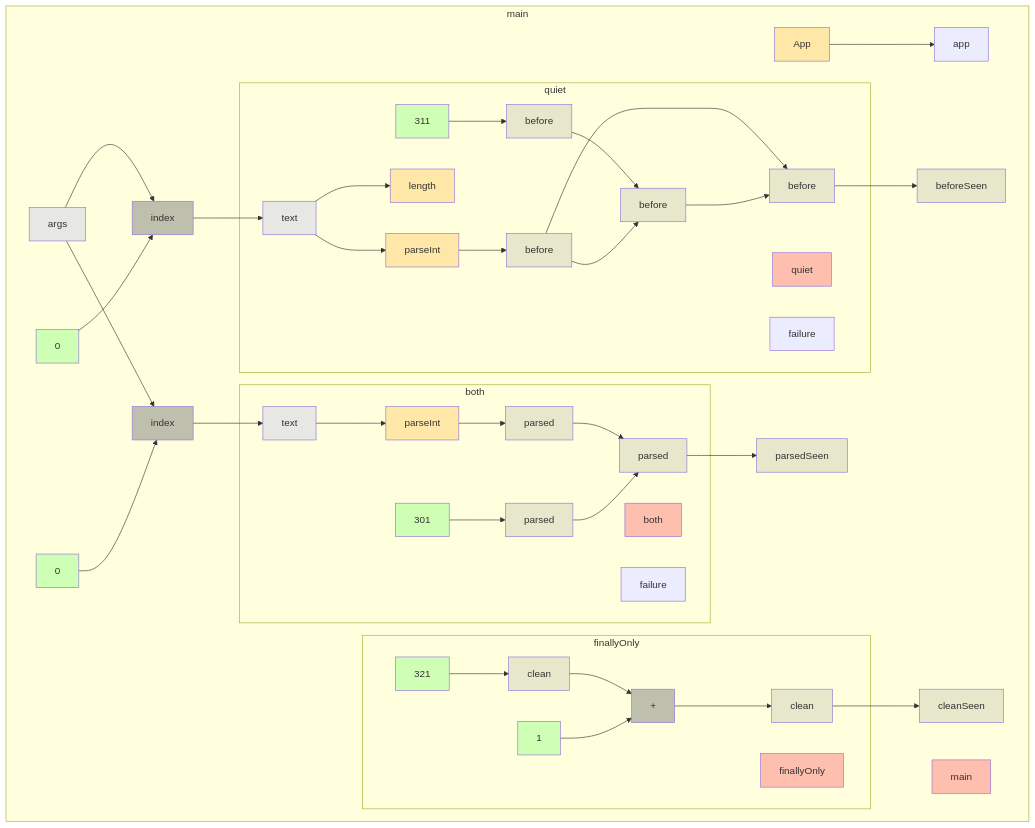
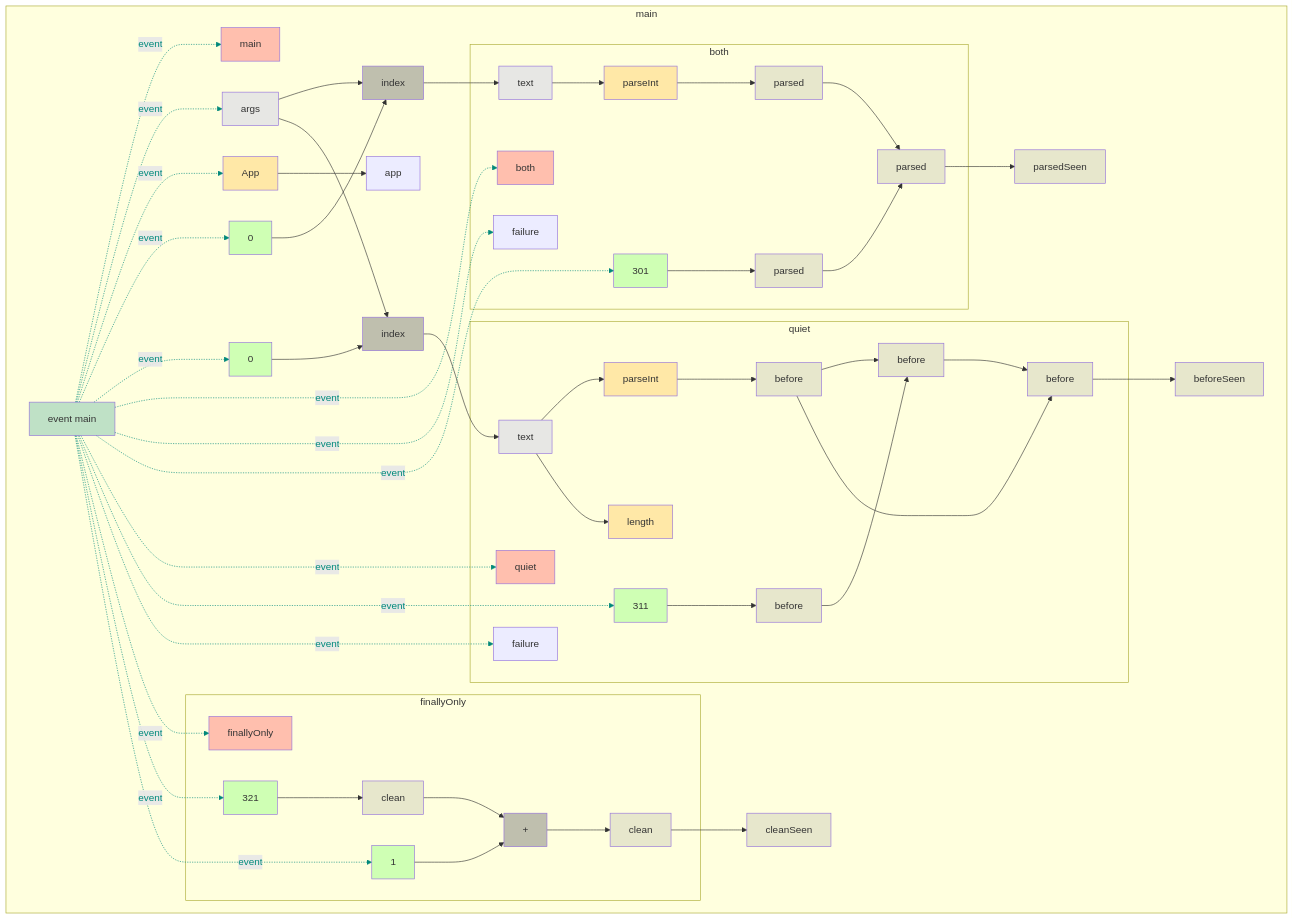
The diagram in app/src/test/resources/fieldTry/snapshot.md (gstiebler/codeflow), drawn with Mermaid before and after one commit. The commit also changed 77 other files, not shown here.

````diff
--- a/app/src/test/resources/fieldTry/snapshot.md
+++ b/app/src/test/resources/fieldTry/snapshot.md
@@ -1,75 +1,104 @@
 ```mermaid
 flowchart TD
   subgraph b0["main"]
-    n1[main]:::RETURN
-    n2[args]:::FUNC_PARAM
-    n3[App]:::EXTERNAL
-    n4[app]:::OBJ_VARIABLE
-    n5[0]:::LITERAL
-    n6[index]:::BIN_OP
-    n16[parsedSeen]:::VARIABLE
-    n17[0]:::LITERAL
-    n18[index]:::BIN_OP
-    n30[beforeSeen]:::VARIABLE
-    n38[cleanSeen]:::VARIABLE
-    n2[args]:::FUNC_PARAM --> n6[index]:::BIN_OP
-    n2[args]:::FUNC_PARAM --> n18[index]:::BIN_OP
-    n3[App]:::EXTERNAL --> n4[app]:::OBJ_VARIABLE
-    n5[0]:::LITERAL --> n6[index]:::BIN_OP
-    n6[index]:::BIN_OP --> n9[text]:::FUNC_PARAM
-    n17[0]:::LITERAL --> n18[index]:::BIN_OP
-    n18[index]:::BIN_OP --> n21[text]:::FUNC_PARAM
-    n15[parsed]:::VARIABLE --> n16[parsedSeen]:::VARIABLE
-    n29[before]:::VARIABLE --> n30[beforeSeen]:::VARIABLE
-    n37[clean]:::VARIABLE --> n38[cleanSeen]:::VARIABLE
-    subgraph b7["both"]
-      n8[both]:::RETURN
-      n9[text]:::FUNC_PARAM
-      n10[parseInt]:::EXTERNAL
-      n11[parsed]:::VARIABLE
-      n12[failure]:::OBJ_VARIABLE
-      n13[301]:::LITERAL
-      n14[parsed]:::VARIABLE
+    n1[event main]:::EVENT
+    n2[main]:::RETURN
+    n3[args]:::FUNC_PARAM
+    n4[App]:::EXTERNAL
+    n5[app]:::OBJ_VARIABLE
+    n6[0]:::LITERAL
+    n7[index]:::BIN_OP
+    n17[parsedSeen]:::VARIABLE
+    n18[0]:::LITERAL
+    n19[index]:::BIN_OP
+    n31[beforeSeen]:::VARIABLE
+    n39[cleanSeen]:::VARIABLE
+    n1[event main]:::EVENT -. event .-> n2[main]:::RETURN
+    n1[event main]:::EVENT -. event .-> n3[args]:::FUNC_PARAM
+    n1[event main]:::EVENT -. event .-> n4[App]:::EXTERNAL
+    n1[event main]:::EVENT -. event .-> n6[0]:::LITERAL
+    n1[event main]:::EVENT -. event .-> n18[0]:::LITERAL
+    n1[event main]:::EVENT -. event .-> n9[both]:::RETURN
+    n1[event main]:::EVENT -. event .-> n13[failure]:::OBJ_VARIABLE
+    n1[event main]:::EVENT -. event .-> n14[301]:::LITERAL
+    n1[event main]:::EVENT -. event .-> n21[quiet]:::RETURN
+    n1[event main]:::EVENT -. event .-> n23[311]:::LITERAL
+    n1[event main]:::EVENT -. event .-> n28[failure]:::OBJ_VARIABLE
+    n1[event main]:::EVENT -. event .-> n33[finallyOnly]:::RETURN
+    n1[event main]:::EVENT -. event .-> n34[321]:::LITERAL
+    n1[event main]:::EVENT -. event .-> n36[1]:::LITERAL
+    n3[args]:::FUNC_PARAM --> n7[index]:::BIN_OP
+    n3[args]:::FUNC_PARAM --> n19[index]:::BIN_OP
+    n4[App]:::EXTERNAL --> n5[app]:::OBJ_VARIABLE
+    n6[0]:::LITERAL --> n7[index]:::BIN_OP
+    n7[index]:::BIN_OP --> n10[text]:::FUNC_PARAM
+    n18[0]:::LITERAL --> n19[index]:::BIN_OP
+    n19[index]:::BIN_OP --> n22[text]:::FUNC_PARAM
+    n16[parsed]:::VARIABLE --> n17[parsedSeen]:::VARIABLE
+    n30[before]:::VARIABLE --> n31[beforeSeen]:::VARIABLE
+    n38[clean]:::VARIABLE --> n39[cleanSeen]:::VARIABLE
+    subgraph b8["both"]
+      n9[both]:::RETURN
+      n10[text]:::FUNC_PARAM
+      n11[parseInt]:::EXTERNAL
+      n12[parsed]:::VARIABLE
+      n13[failure]:::OBJ_VARIABLE
+      n14[301]:::LITERAL
       n15[parsed]:::VARIABLE
-      n9[text]:::FUNC_PARAM --> n10[parseInt]:::EXTERNAL
-      n10[parseInt]:::EXTERNAL --> n11[parsed]:::VARIABLE
-      n11[parsed]:::VARIABLE --> n15[parsed]:::VARIABLE
-      n13[301]:::LITERAL --> n14[parsed]:::VARIABLE
-      n14[parsed]:::VARIABLE --> n15[parsed]:::VARIABLE
+      n16[parsed]:::VARIABLE
+      n10[text]:::FUNC_PARAM --> n11[parseInt]:::EXTERNAL
+      n11[parseInt]:::EXTERNAL --> n12[parsed]:::VARIABLE
+      n12[parsed]:::VARIABLE --> n16[parsed]:::VARIABLE
+      n14[301]:::LITERAL --> n15[parsed]:::VARIABLE
+      n15[parsed]:::VARIABLE --> n16[parsed]:::VARIABLE
     end
-    subgraph b19["quiet"]
-      n20[quiet]:::RETURN
-      n21[text]:::FUNC_PARAM
-      n22[311]:::LITERAL
-      n23[before]:::VARIABLE
-      n24[parseInt]:::EXTERNAL
-      n25[before]:::VARIABLE
+    subgraph b20["quiet"]
+      n21[quiet]:::RETURN
+      n22[text]:::FUNC_PARAM
+      n23[311]:::LITERAL
+      n24[before]:::VARIABLE
+      n25[parseInt]:::EXTERNAL
       n26[before]:::VARIABLE
-      n27[failure]:::OBJ_VARIABLE
-      n28[length]:::EXTERNAL
-      n29[before]:::VARIABLE
-      n21[text]:::FUNC_PARAM --> n24[parseInt]:::EXTERNAL
-      n21[text]:::FUNC_PARAM --> n28[length]:::EXTERNAL
-      n22[311]:::LITERAL --> n23[before]:::VARIABLE
-      n23[before]:::VARIABLE --> n26[before]:::VARIABLE
-      n24[parseInt]:::EXTERNAL --> n25[before]:::VARIABLE
-      n25[before]:::VARIABLE --> n26[before]:::VARIABLE
-      n25[before]:::VARIABLE --> n29[before]:::VARIABLE
-      n26[before]:::VARIABLE --> n29[before]:::VARIABLE
+      n27[before]:::VARIABLE
+      n28[failure]:::OBJ_VARIABLE
+      n29[length]:::EXTERNAL
+      n30[before]:::VARIABLE
+      n22[text]:::FUNC_PARAM --> n25[parseInt]:::EXTERNAL
+      n22[text]:::FUNC_PARAM --> n29[length]:::EXTERNAL
+      n23[311]:::LITERAL --> n24[before]:::VARIABLE
+      n24[before]:::VARIABLE --> n27[before]:::VARIABLE
+      n25[parseInt]:::EXTERNAL --> n26[before]:::VARIABLE
+      n26[before]:::VARIABLE --> n27[before]:::VARIABLE
+      n26[before]:::VARIABLE --> n30[before]:::VARIABLE
+      n27[before]:::VARIABLE --> n30[before]:::VARIABLE
     end
-    subgraph b31["finallyOnly"]
-      n32[finallyOnly]:::RETURN
-      n33[321]:::LITERAL
-      n34[clean]:::VARIABLE
-      n35[1]:::LITERAL
-      n36[+]:::BIN_OP
-      n37[clean]:::VARIABLE
-      n33[321]:::LITERAL --> n34[clean]:::VARIABLE
-      n34[clean]:::VARIABLE --> n36[+]:::BIN_OP
-      n35[1]:::LITERAL --> n36[+]:::BIN_OP
-      n36[+]:::BIN_OP --> n37[clean]:::VARIABLE
+    subgraph b32["finallyOnly"]
+      n33[finallyOnly]:::RETURN
+      n34[321]:::LITERAL
+      n35[clean]:::VARIABLE
+      n36[1]:::LITERAL
+      n37[+]:::BIN_OP
+      n38[clean]:::VARIABLE
+      n34[321]:::LITERAL --> n35[clean]:::VARIABLE
+      n35[clean]:::VARIABLE --> n37[+]:::BIN_OP
+      n36[1]:::LITERAL --> n37[+]:::BIN_OP
+      n37[+]:::BIN_OP --> n38[clean]:::VARIABLE
     end
   end
+  linkStyle 0 stroke:#00897b,color:#00897b
+  linkStyle 1 stroke:#00897b,color:#00897b
+  linkStyle 2 stroke:#00897b,color:#00897b
+  linkStyle 3 stroke:#00897b,color:#00897b
+  linkStyle 4 stroke:#00897b,color:#00897b
+  linkStyle 5 stroke:#00897b,color:#00897b
+  linkStyle 6 stroke:#00897b,color:#00897b
+  linkStyle 7 stroke:#00897b,color:#00897b
+  linkStyle 8 stroke:#00897b,color:#00897b
+  linkStyle 9 stroke:#00897b,color:#00897b
+  linkStyle 10 stroke:#00897b,color:#00897b
+  linkStyle 11 stroke:#00897b,color:#00897b
+  linkStyle 12 stroke:#00897b,color:#00897b
+  linkStyle 13 stroke:#00897b,color:#00897b
   classDef LITERAL fill:#00FF0030
   classDef VARIABLE fill:#80808030
   classDef BIN_OP fill:#80808080
@@ -77,4 +106,5 @@
   classDef RETURN fill:#FF808080
   classDef EXTERNAL fill:#FFA50040
   classDef UNMODELLED fill:#FF000030,stroke-dasharray: 4 2
+  classDef EVENT fill:#00897B40
 ```
````
